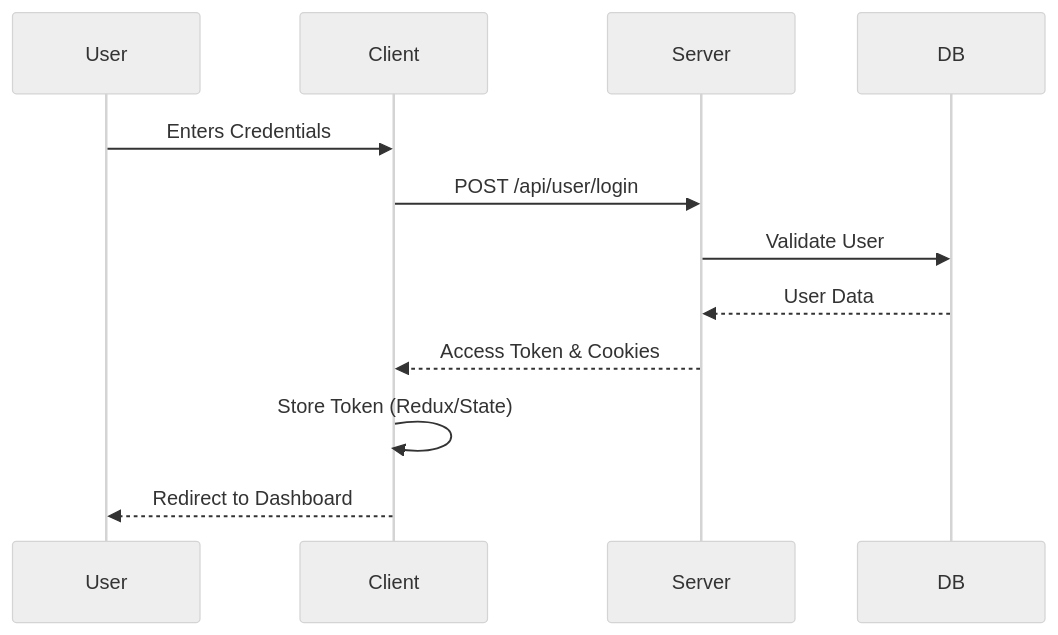
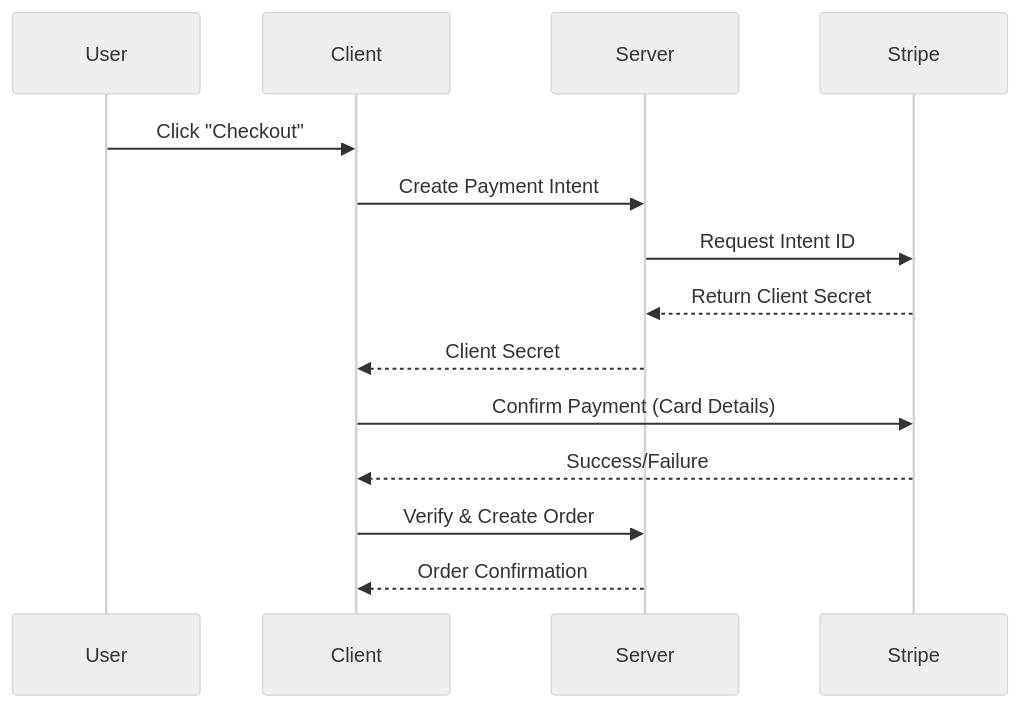
The second of 2 diagrams in README.md (Mausam5055/ApniMart), drawn with Mermaid (neutral theme) before and after one commit. The commit also changed other lines of this file, not shown here.

Commit message:
docs: Enhance README with detailed features, architecture, folder structure, setup guide, and API documentation preview.

````diff
--- a/README.md
+++ b/README.md
@@ -59,15 +137,17 @@
 ```mermaid
 sequenceDiagram
     participant User
     participant Client
     participant Server
-    participant DB
+    participant Stripe
 
-    User->>Client: Enters Credentials
-    Client->>Server: POST /api/user/login
-    Server->>DB: Validate User
-    DB-->>Server: User Data
-    Server-->>Client: Access Token & Cookies
-    Client->>Client: Store Token (Redux/State)
-    Client-->>User: Redirect to Dashboard
+    User->>Client: Click "Checkout"
+    Client->>Server: Create Payment Intent
+    Server->>Stripe: Request Intent ID
+    Stripe-->>Server: Return Client Secret
+    Server-->>Client: Client Secret
+    Client->>Stripe: Confirm Payment (Card Details)
+    Stripe-->>Client: Success/Failure
+    Client->>Server: Verify & Create Order
+    Server-->>Client: Order Confirmation
 ```
````
